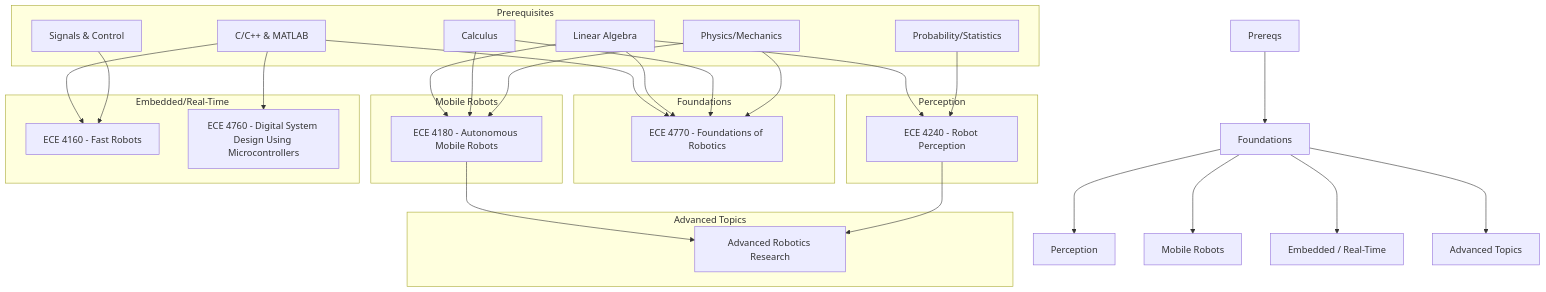
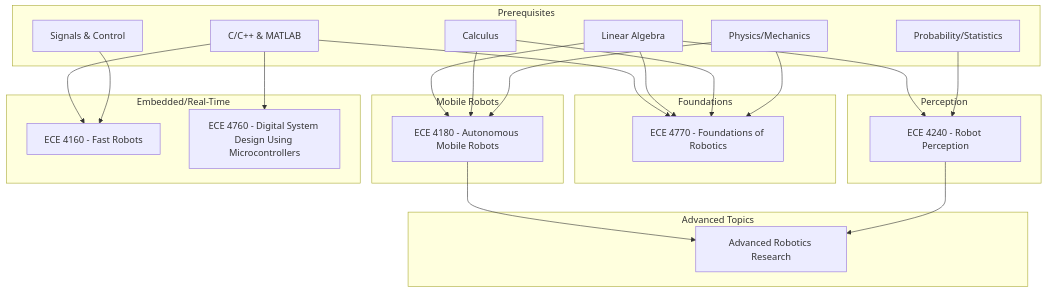
One commit to jmyphn/engineering-wiki changed the diagram in ecerobotics.md. Above: the diagram before and after it, drawn with Mermaid. The commit also changed other lines of this file and 9 other files, not shown here.

````diff
--- a/ecerobotics.md
+++ b/ecerobotics.md
@@ -14,58 +14,53 @@
 ```mermaid
 flowchart TD
-  A[Prereqs] --> F[Foundations]
-  F --> P[Perception]
-  F --> M[Mobile Robots]
-  F --> E[Embedded / Real-Time]
-  F --> R[Advanced Topics]
 
   subgraph A1[Prerequisites]
     A1a[C/C++ & MATLAB]
     A1b[Linear Algebra]
     A1c[Calculus]
     A1d[Probability/Statistics]
     A1e[Signals & Control]
     A1f[Physics/Mechanics]
   end
 
   subgraph F1[Foundations]
     F1a[ECE 4770 - Foundations of Robotics]
   end
 
   subgraph P1[Perception]
     P1a[ECE 4240 - Robot Perception]
   end
 
   subgraph M1[Mobile Robots]
     M1a[ECE 4180 - Autonomous Mobile Robots]
   end
 
   subgraph E1[Embedded/Real-Time]
     E1a[ECE 4160 - Fast Robots]
     E1b[ECE 4760 - Digital System Design Using Microcontrollers]
   end
 
   subgraph R1[Advanced Topics]
     R1a[Advanced Robotics Research]
   end
 
   %% prerequisites -> foundations (informational)
   A1a --> F1a
   A1b --> F1a
   A1c --> F1a
   A1f --> F1a
 
   %% direct prerequisite links to course tracks (avoid implying Foundations is required)
   A1a --> E1a
   A1a --> E1b
   A1b --> P1a
   A1b --> M1a
   A1c --> M1a
   A1d --> P1a
   A1e --> E1a
   A1f --> M1a
 
   %% course progression
   M1a --> R1a
   P1a --> R1a
 ```
````
